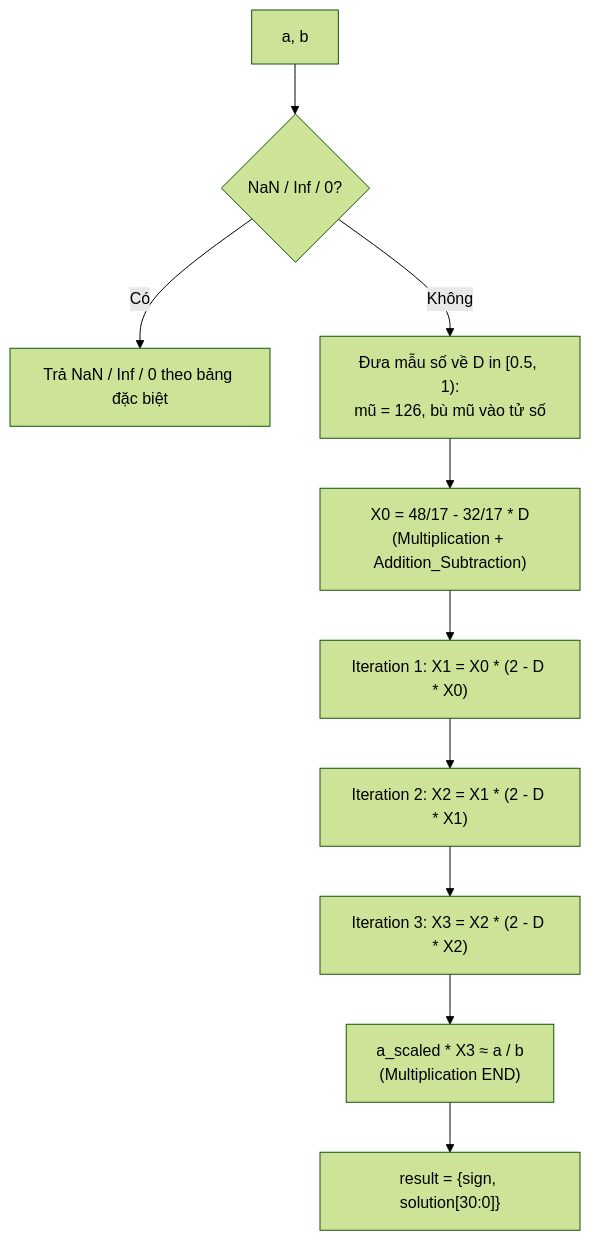
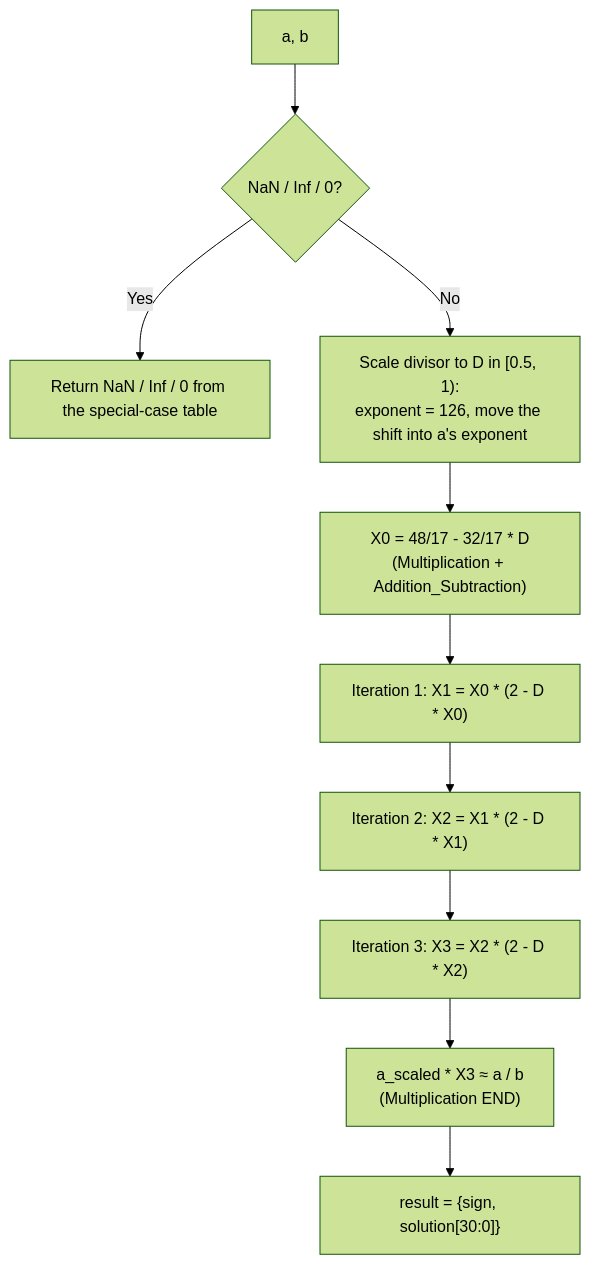
The fifth of 6 diagrams in README.md (tdviet2011/ALU-PLOATING-POINT), drawn with Mermaid (forest theme) before and after one commit. The commit also changed other lines of this file and 9 other files, not shown here.

````diff
--- a/README.md
+++ b/README.md
@@ -136,12 +145,12 @@
 ```mermaid
 flowchart TD
     IN["a, b"] --> SPC{"NaN / Inf / 0?"}
-    SPC -->|Có| SPCOUT["Trả NaN / Inf / 0 theo bảng đặc biệt"]
-    SPC -->|Không| SCALE["Đưa mẫu số về D in [0.5, 1):<br/>mũ = 126, bù mũ vào tử số"]
+    SPC -->|Yes| SPCOUT["Return NaN / Inf / 0 from the special-case table"]
+    SPC -->|No| SCALE["Scale divisor to D in [0.5, 1):<br/>exponent = 126, move the shift into a's exponent"]
     SCALE --> X0["X0 = 48/17 - 32/17 * D<br/>(Multiplication + Addition_Subtraction)"]
     X0 --> I1["Iteration 1: X1 = X0 * (2 - D * X0)"]
     I1 --> I2["Iteration 2: X2 = X1 * (2 - D * X1)"]
     I2 --> I3["Iteration 3: X3 = X2 * (2 - D * X2)"]
     I3 --> FIN["a_scaled * X3 ≈ a / b<br/>(Multiplication END)"]
     FIN --> RES["result = {sign, solution[30:0]}"]
 ```
````
